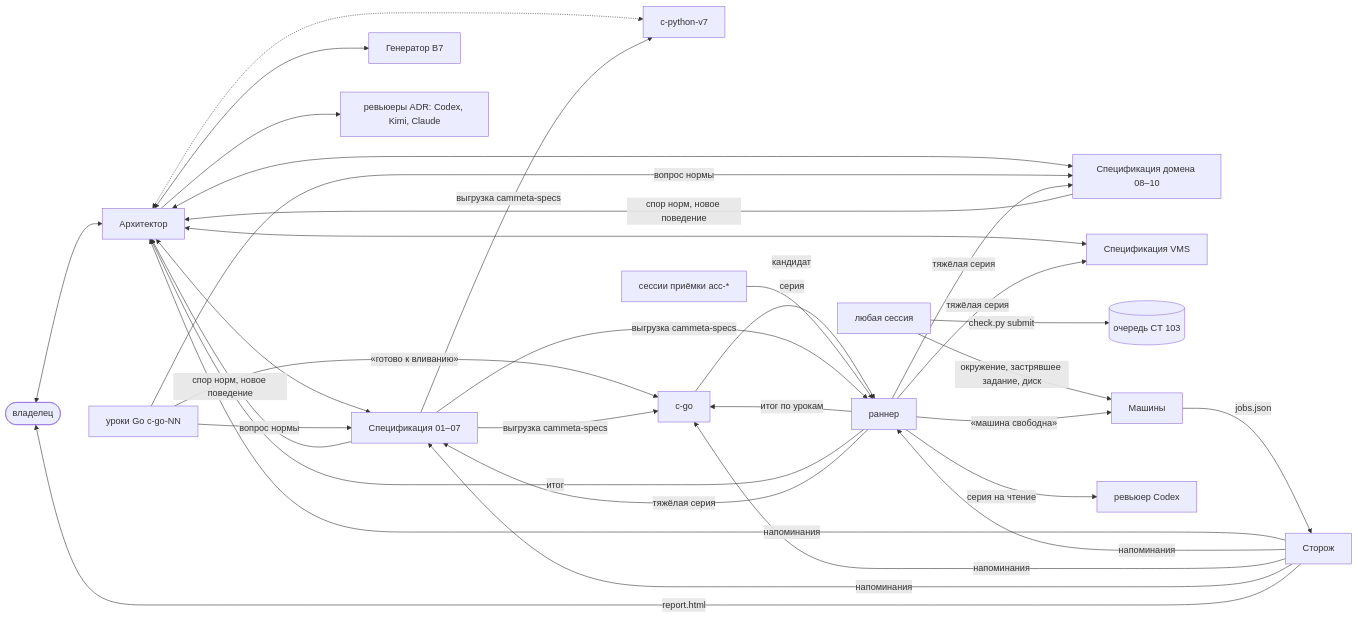
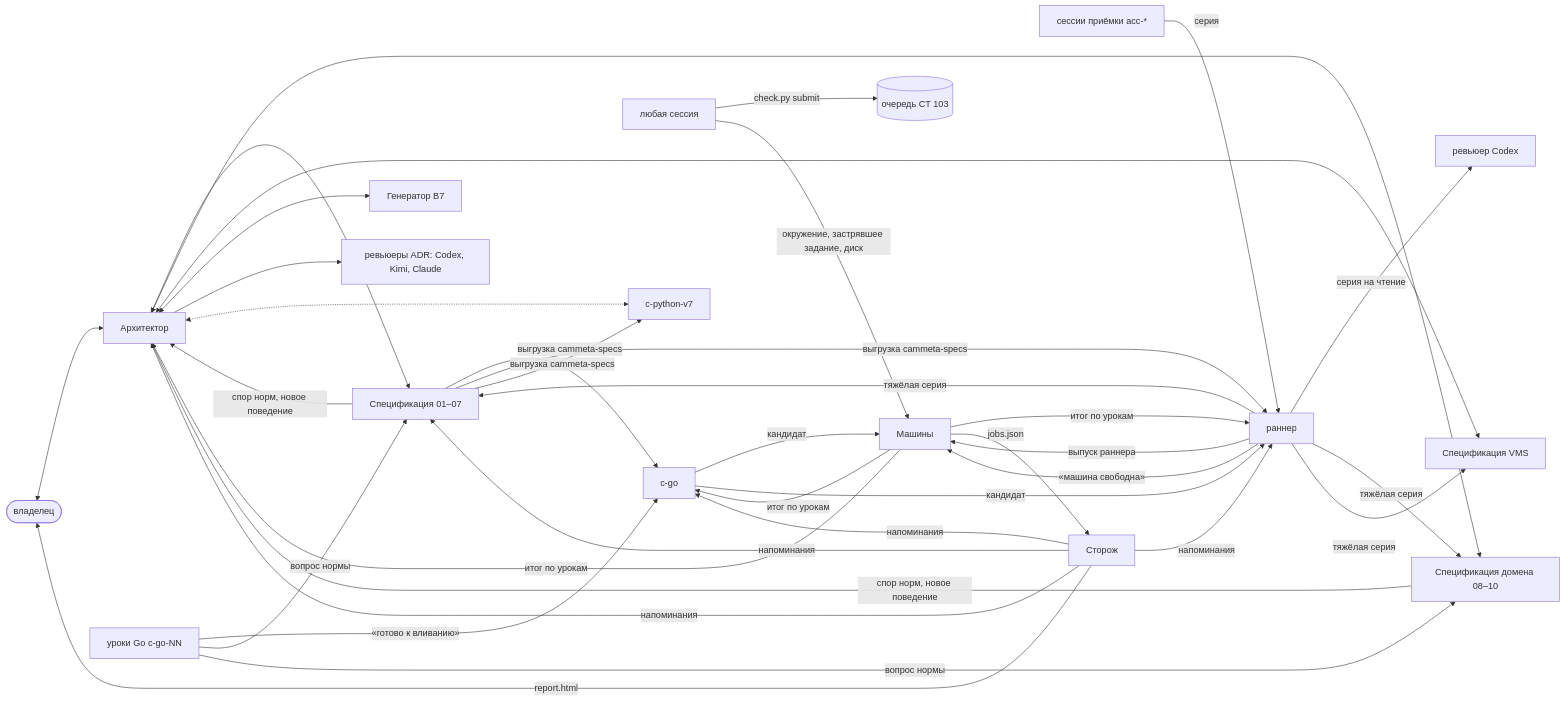
Before and after one commit to altumur/server-vms-course: the diagram in ВЗАИМОДЕЙСТВИЕ-СЕССИЙ.md, drawn with Mermaid. The commit also changed other lines of this file and 3 other files, not shown here.

````diff
--- a/ВЗАИМОДЕЙСТВИЕ-СЕССИЙ.md
+++ b/ВЗАИМОДЕЙСТВИЕ-СЕССИЙ.md
@@ -36,29 +36,30 @@
 ```mermaid
 flowchart LR
   OWN([владелец]) <--> ARC[Архитектор]
   ARC <--> SPEC[Спецификация 01–07]
   ARC <--> SPD[Спецификация домена 08–10]
   ARC <--> SVMS[Спецификация VMS]
   ARC <--> GEN[Генератор В7]
   ARC --> REV[ревьюеры ADR: Codex, Kimi, Claude]
   ARC <-.-> PY[c-python-v7]
   ANY[любая сессия] -- check.py submit --> Q[(очередь CT 103)]
   ANY -- окружение, застрявшее задание, диск --> MAC
 
   L[уроки Go c-go-NN] -- «готово к вливанию» --> CGO[c-go]
   L -- вопрос нормы --> SPEC
   L -- вопрос нормы --> SPD
+  CGO -- кандидат --> MAC
   CGO -- кандидат --> RUN[раннер]
-  RUN -- итог по урокам --> CGO
-  RUN -- итог --> ARC
+  RUN -- выпуск раннера --> MAC
+  MAC -- итог по урокам --> CGO & ARC & RUN
   ACC[сессии приёмки acc-*] -- серия --> RUN
   RUN -- серия на чтение --> RC[ревьюер Codex]
   RUN -- тяжёлая серия --> SPEC & SPD & SVMS
   SPEC & SPD -- спор норм, новое поведение --> ARC
   SPEC -- выгрузка cammeta-specs --> CGO & RUN & PY
 
   MAC[Машины] -- jobs.json --> W[Сторож]
   RUN -- «машина свободна» --> MAC
   W -- напоминания --> ARC & RUN & CGO & SPEC
   W -- report.html --> OWN
 ```
````
